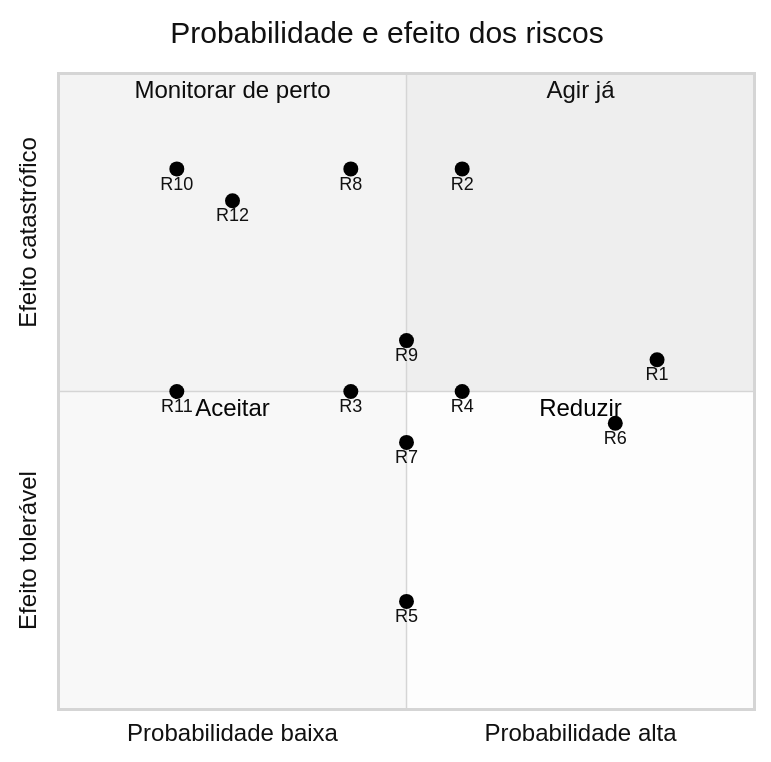
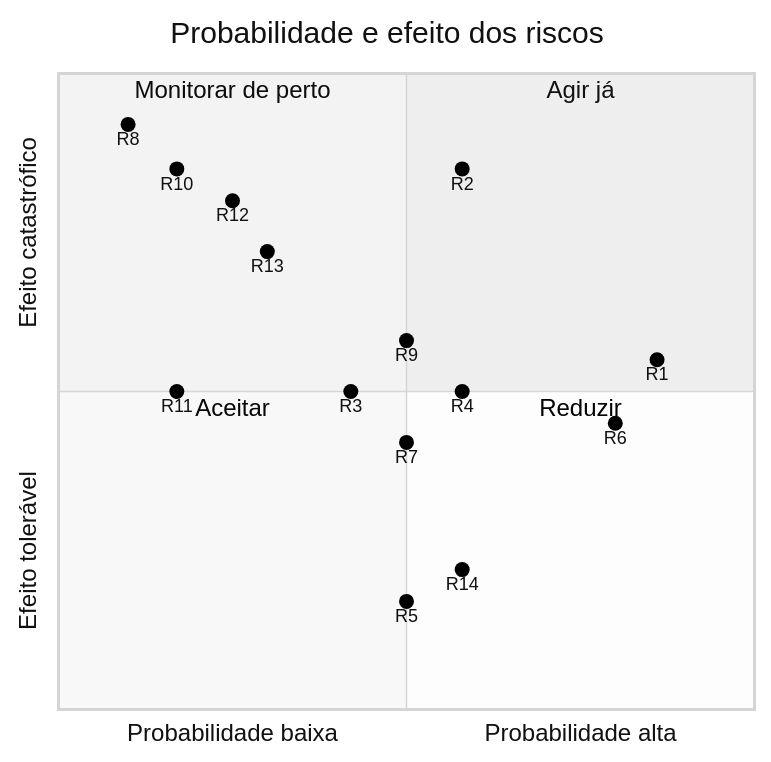
The diagram in docs/gestao/A07-riscos.md (Ronald-Jesus/reciclaai), drawn with Mermaid (neutral theme) before and after one commit. The commit also changed other lines of this file and 19 other files, not shown here.

````diff
--- a/docs/gestao/A07-riscos.md
+++ b/docs/gestao/A07-riscos.md
@@ -34,22 +36,24 @@
 ```mermaid
 quadrantChart
   title Probabilidade e efeito dos riscos
   x-axis Probabilidade baixa --> Probabilidade alta
   y-axis Efeito tolerável --> Efeito catastrófico
   quadrant-1 Agir já
   quadrant-2 Monitorar de perto
   quadrant-3 Aceitar
   quadrant-4 Reduzir
   R1: [0.86, 0.55]
   R6: [0.80, 0.45]
   R2: [0.58, 0.85]
-  R8: [0.42, 0.85]
+  R8: [0.10, 0.92]
   R3: [0.42, 0.50]
   R4: [0.58, 0.50]
   R7: [0.50, 0.42]
   R9: [0.50, 0.58]
   R5: [0.50, 0.17]
   R10: [0.17, 0.85]
   R12: [0.25, 0.80]
   R11: [0.17, 0.50]
+  R13: [0.30, 0.72]
+  R14: [0.58, 0.22]
 ```
````
